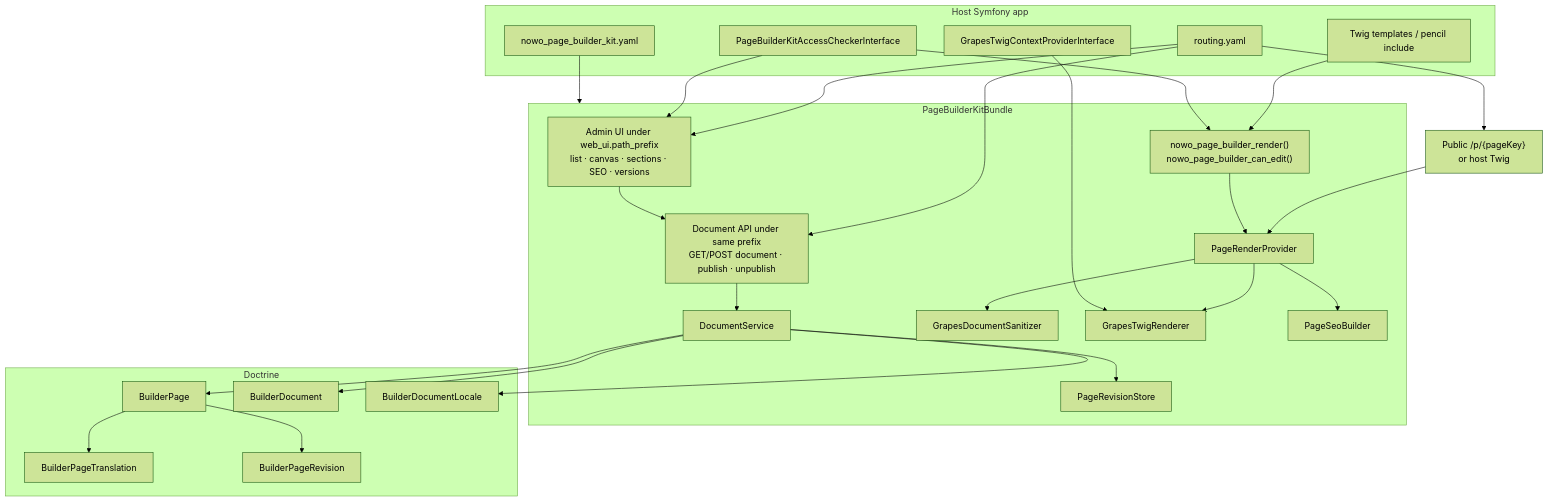
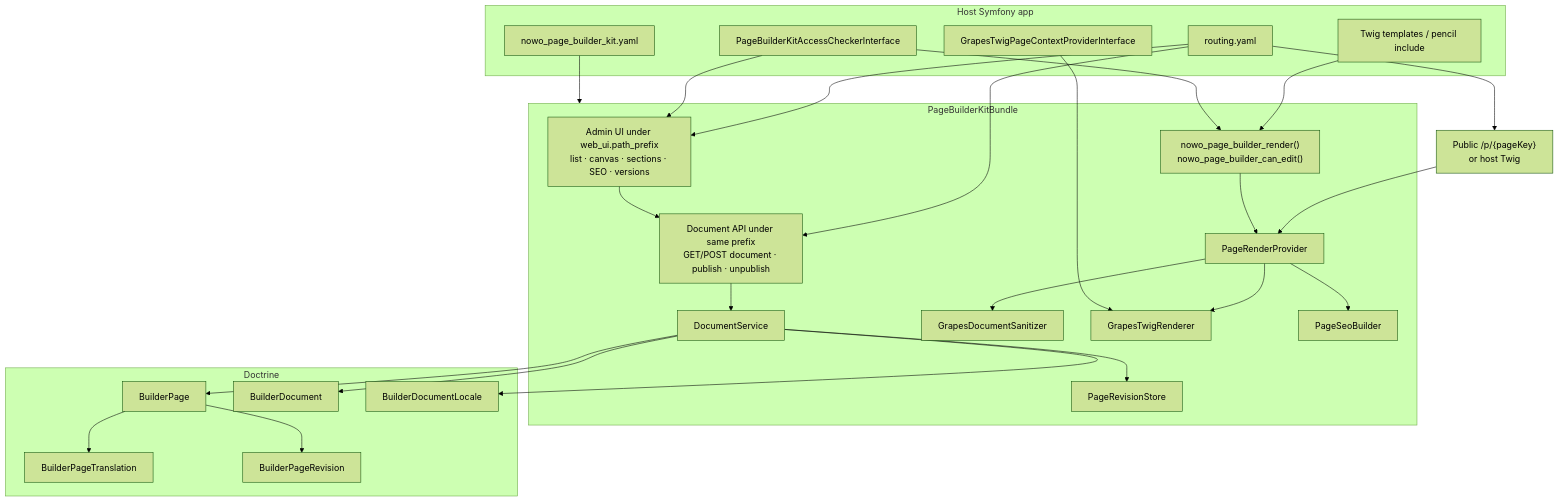
Before and after one commit to nowo-tech/PageBuilderKitBundle: the first of 11 diagrams in docs/ARCHITECTURE.md, drawn with Mermaid (forest theme). The commit also changed other lines of this file and 10 other files, not shown here.

First line of the commit message:
docs: 2.0.0 UPGRADING, CHANGELOG, configuration and architecture docs, 1.x support

````diff
--- a/docs/ARCHITECTURE.md
+++ b/docs/ARCHITECTURE.md
@@ -31,54 +31,54 @@
 ```mermaid
 flowchart TB
     subgraph Host["Host Symfony app"]
         Routes["routing.yaml"]
         Config["nowo_page_builder_kit.yaml"]
         TwigHost["Twig templates / pencil include"]
-        Ctx["GrapesTwigContextProviderInterface"]
+        Ctx["GrapesTwigPageContextProviderInterface"]
         Access["PageBuilderKitAccessCheckerInterface"]
     end
 
     subgraph Bundle["PageBuilderKitBundle"]
         AdminUI["Admin UI under web_ui.path_prefix<br/>list · canvas · sections · SEO · versions"]
         API["Document API under same prefix<br/>GET/POST document · publish · unpublish"]
         DocSvc["DocumentService"]
         RevStore["PageRevisionStore"]
         Render["PageRenderProvider"]
         TwigExt["nowo_page_builder_render()<br/>nowo_page_builder_can_edit()"]
         GrapesSan["GrapesDocumentSanitizer"]
         GrapesTwig["GrapesTwigRenderer"]
         SEO["PageSeoBuilder"]
     end
 
     subgraph Data["Doctrine"]
         Page["BuilderPage"]
         Doc["BuilderDocument"]
         Loc["BuilderDocumentLocale"]
         Tr["BuilderPageTranslation"]
         Rev["BuilderPageRevision"]
     end
 
     Public["Public /p/{pageKey}<br/>or host Twig"]
 
     Routes --> AdminUI
     Routes --> API
     Routes --> Public
     Config --> Bundle
     AdminUI --> API
     API --> DocSvc
     DocSvc --> RevStore
     DocSvc --> Page
     DocSvc --> Doc
     DocSvc --> Loc
     Page --> Tr
     Page --> Rev
     Public --> Render
     TwigHost --> TwigExt
     TwigExt --> Render
     Render --> GrapesSan
     Render --> GrapesTwig
     Render --> SEO
     Ctx --> GrapesTwig
     Access --> TwigExt
     Access --> AdminUI
 ```
````
